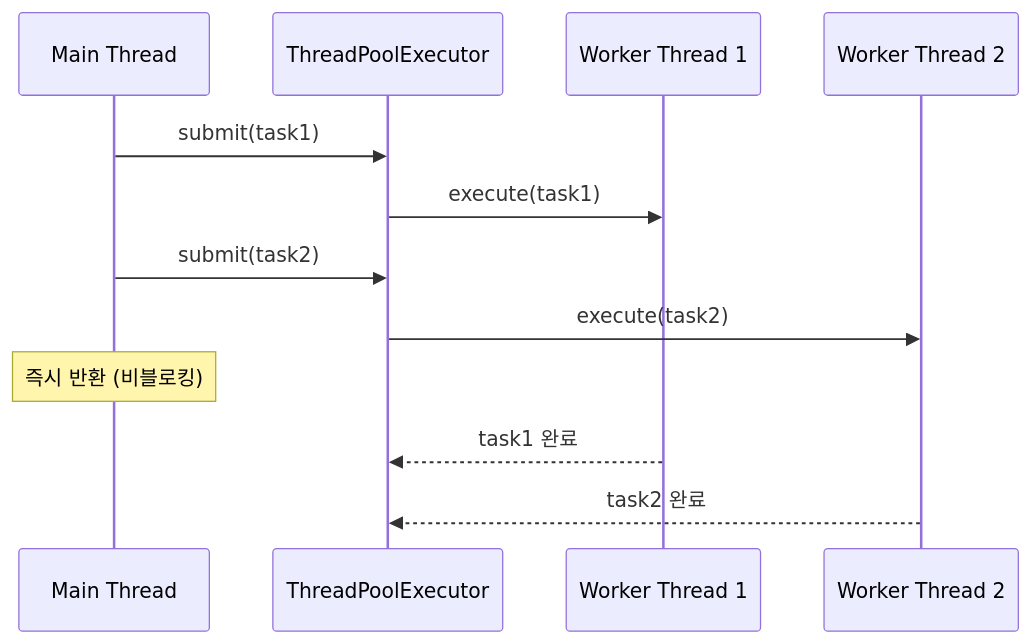
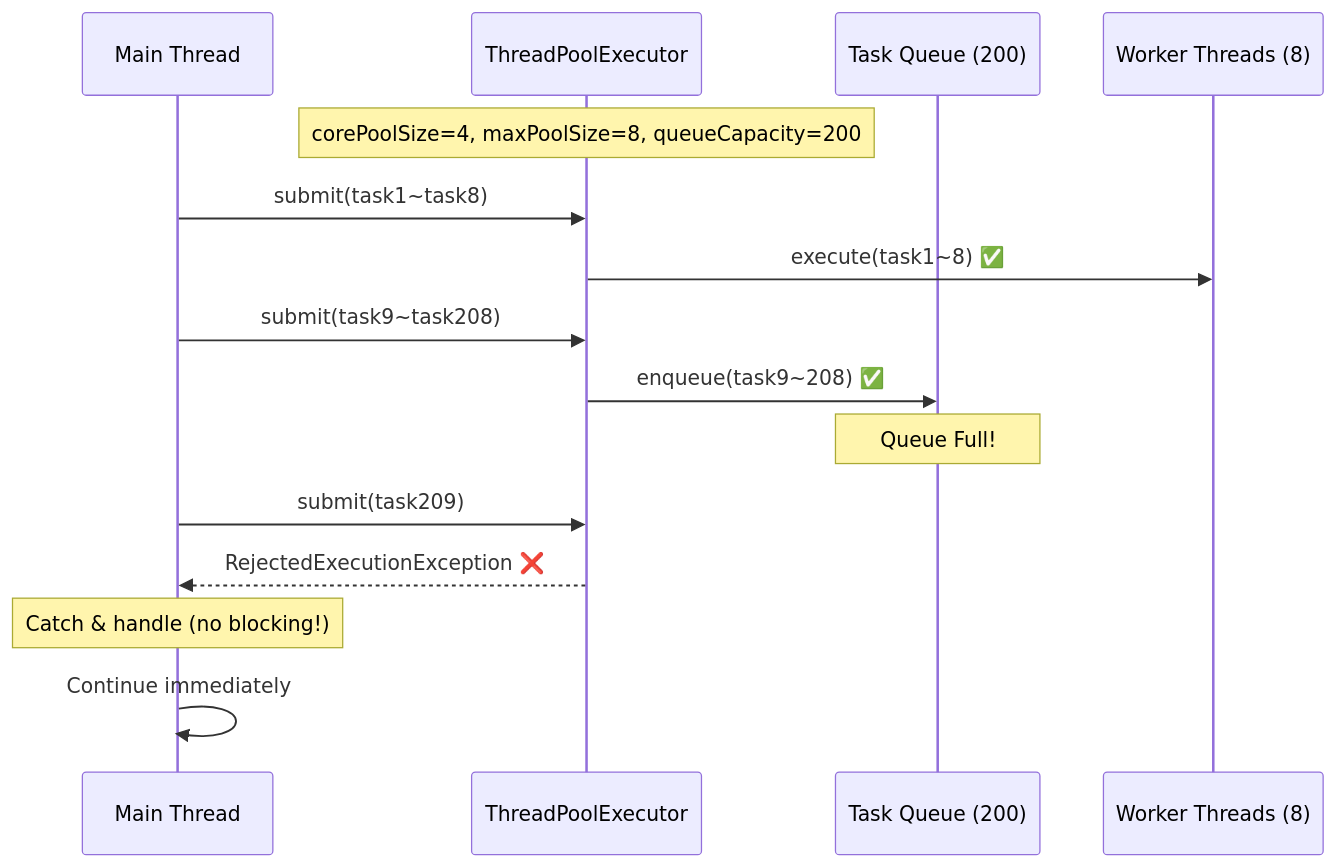
Before and after one commit to zbnerd/MapleExpectation: the first of 2 diagrams in docs/chaos-tests/nightmare/N03-thread-pool-exhaustion.md, drawn with Mermaid. The commit also changed other lines of this file and 32 other files, not shown here.

````diff
--- a/docs/chaos-tests/nightmare/N03-thread-pool-exhaustion.md
+++ b/docs/chaos-tests/nightmare/N03-thread-pool-exhaustion.md
@@ -203,17 +227,22 @@
 ```mermaid
 sequenceDiagram
     participant Main as Main Thread
     participant Pool as ThreadPoolExecutor
-    participant Worker1 as Worker Thread 1
-    participant Worker2 as Worker Thread 2
+    participant Queue as Task Queue (200)
+    participant Worker as Worker Threads (8)
 
-    Main->>Pool: submit(task1)
-    Pool->>Worker1: execute(task1)
-    Main->>Pool: submit(task2)
-    Pool->>Worker2: execute(task2)
+    Note over Pool: corePoolSize=4, maxPoolSize=8, queueCapacity=200
 
-    Note over Main: 즉시 반환 (비블로킹)
+    Main->>Pool: submit(task1~task8)
+    Pool->>Worker: execute(task1~8) ✅
+    Main->>Pool: submit(task9~task208)
+    Pool->>Queue: enqueue(task9~208) ✅
 
-    Worker1-->>Pool: task1 완료
-    Worker2-->>Pool: task2 완료
+    Note over Queue: Queue Full!
+
+    Main->>Pool: submit(task209)
+    Pool-->>Main: RejectedExecutionException ❌
+    Note over Main: Catch & handle (no blocking!)
+
+    Main->>Main: Continue immediately
 ```
````
